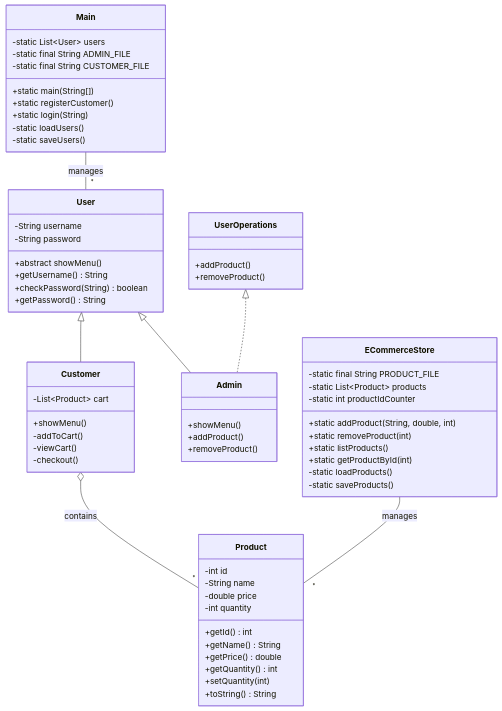
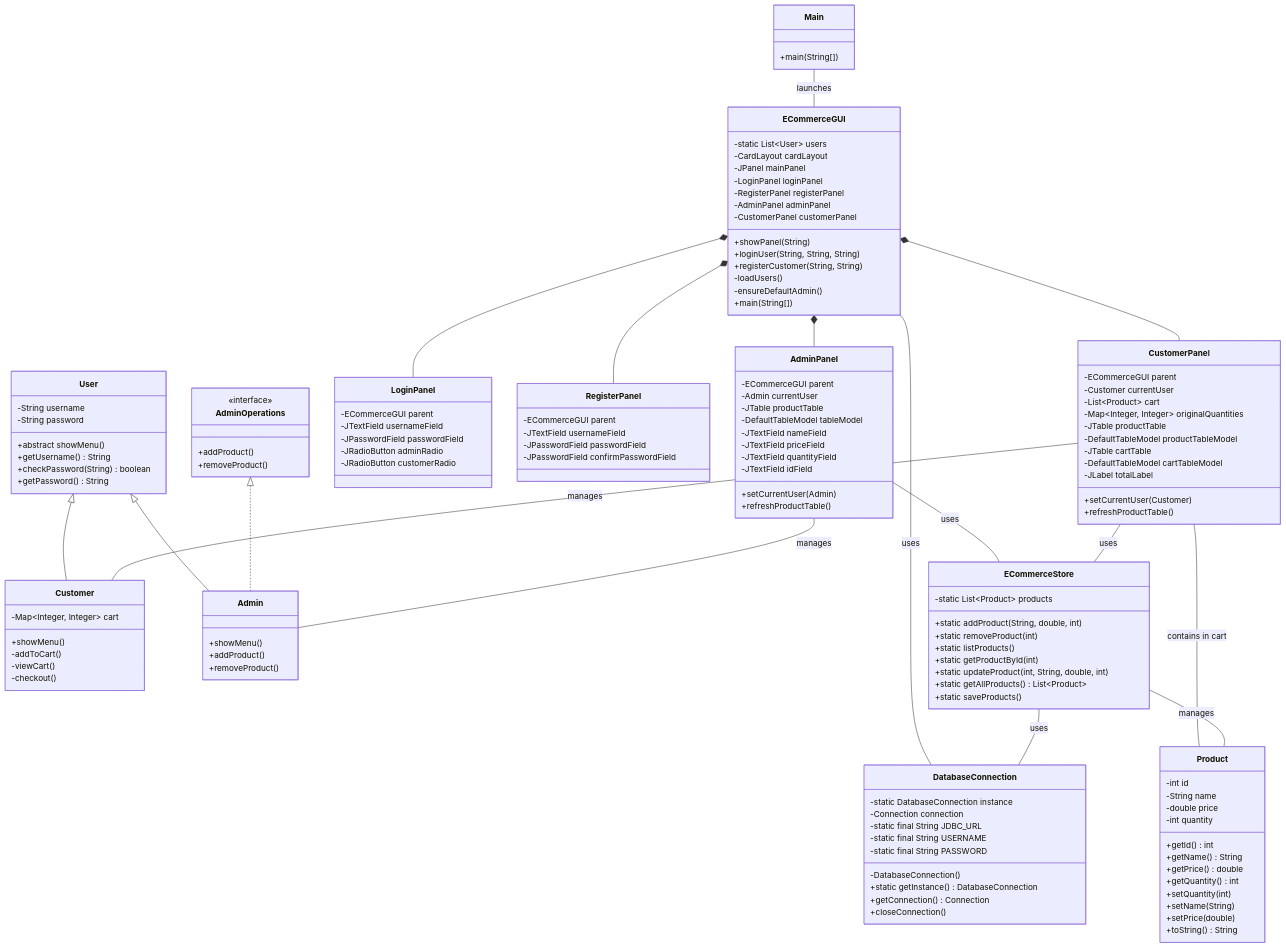
One commit to Utkarsh-K09984/OOPS-PROJECT-ECOMMERCE changed the first of 2 diagrams in README.md. Above: the diagram before and after it, drawn with Mermaid. The commit also changed other lines of this file, not shown here.

````diff
--- a/README.md
+++ b/README.md
@@ -131,5 +131,6 @@
 ```mermaid
 classDiagram
+    %% Core Models
     class User {
         -String username
         -String password
@@ -140,7 +141,7 @@
     }
     
     class Customer {
-        -List~Product~ cart
+        -Map~Integer, Integer~ cart
         +showMenu()
         -addToCart()
         -viewCart()
@@ -163,41 +164,121 @@
         +getPrice() double
         +getQuantity() int
         +setQuantity(int)
+        +setName(String)
+        +setPrice(double)
         +toString() String
     }
     
-    class Main {
-        -static List~User~ users
-        -static final String ADMIN_FILE
-        -static final String CUSTOMER_FILE
-        +static main(String[])
-        +static registerCustomer()
-        +static login(String)
-        -static loadUsers()
-        -static saveUsers()
-    }
-    
+    %% Store Management
     class ECommerceStore {
-        -static final String PRODUCT_FILE
         -static List~Product~ products
-        -static int productIdCounter
         +static addProduct(String, double, int)
         +static removeProduct(int)
         +static listProducts()
         +static getProductById(int)
-        -static loadProducts()
-        -static saveProducts()
+        +static updateProduct(int, String, double, int)
+        +static getAllProducts() List~Product~
+        +static saveProducts()
     }
     
-    class UserOperations {
+    %% Interfaces
+    class AdminOperations {
+        <<interface>>
         +addProduct()
         +removeProduct()
     }
     
+    %% Database Connection
+    class DatabaseConnection {
+        -static DatabaseConnection instance
+        -Connection connection
+        -static final String JDBC_URL
+        -static final String USERNAME
+        -static final String PASSWORD
+        -DatabaseConnection()
+        +static getInstance() DatabaseConnection
+        +getConnection() Connection
+        +closeConnection()
+    }
+    
+    %% GUI Classes
+    class ECommerceGUI {
+        -static List~User~ users
+        -CardLayout cardLayout
+        -JPanel mainPanel
+        -LoginPanel loginPanel
+        -RegisterPanel registerPanel
+        -AdminPanel adminPanel
+        -CustomerPanel customerPanel
+        +showPanel(String)
+        +loginUser(String, String, String)
+        +registerCustomer(String, String)
+        -loadUsers()
+        -ensureDefaultAdmin()
+        +main(String[])
+    }
+    
+    class LoginPanel {
+        -ECommerceGUI parent
+        -JTextField usernameField
+        -JPasswordField passwordField
+        -JRadioButton adminRadio
+        -JRadioButton customerRadio
+    }
+    
+    class RegisterPanel {
+        -ECommerceGUI parent
+        -JTextField usernameField
+        -JPasswordField passwordField
+        -JPasswordField confirmPasswordField
+    }
+    
+    class AdminPanel {
+        -ECommerceGUI parent
+        -Admin currentUser
+        -JTable productTable
+        -DefaultTableModel tableModel
+        -JTextField nameField
+        -JTextField priceField
+        -JTextField quantityField
+        -JTextField idField
+        +setCurrentUser(Admin)
+        +refreshProductTable()
+    }
+    
+    class CustomerPanel {
+        -ECommerceGUI parent
+        -Customer currentUser
+        -List~Product~ cart
+        -Map~Integer, Integer~ originalQuantities
+        -JTable productTable
+        -DefaultTableModel productTableModel
+        -JTable cartTable
+        -DefaultTableModel cartTableModel
+        -JLabel totalLabel
+        +setCurrentUser(Customer)
+        +refreshProductTable()
+    }
+    
+    class Main {
+        +main(String[])
+    }
+    
+    %% Relationships
     User <|-- Customer
     User <|-- Admin
-    UserOperations <|.. Admin
-    Customer o-- "*" Product : contains
-    Main -- "*" User : manages
-    ECommerceStore -- "*" Product : manages
+    AdminOperations <|.. Admin
+    Main -- ECommerceGUI : launches
+    ECommerceGUI *-- LoginPanel
+    ECommerceGUI *-- RegisterPanel
+    ECommerceGUI *-- AdminPanel
+    ECommerceGUI *-- CustomerPanel
+    ECommerceGUI -- DatabaseConnection : uses
+    AdminPanel -- ECommerceStore : uses
+    CustomerPanel -- ECommerceStore : uses
+    ECommerceStore -- DatabaseConnection : uses
+    AdminPanel -- Admin : manages
+    CustomerPanel -- Customer : manages
+    CustomerPanel -- Product : contains in cart
+    ECommerceStore -- Product : manages
 ```
````
